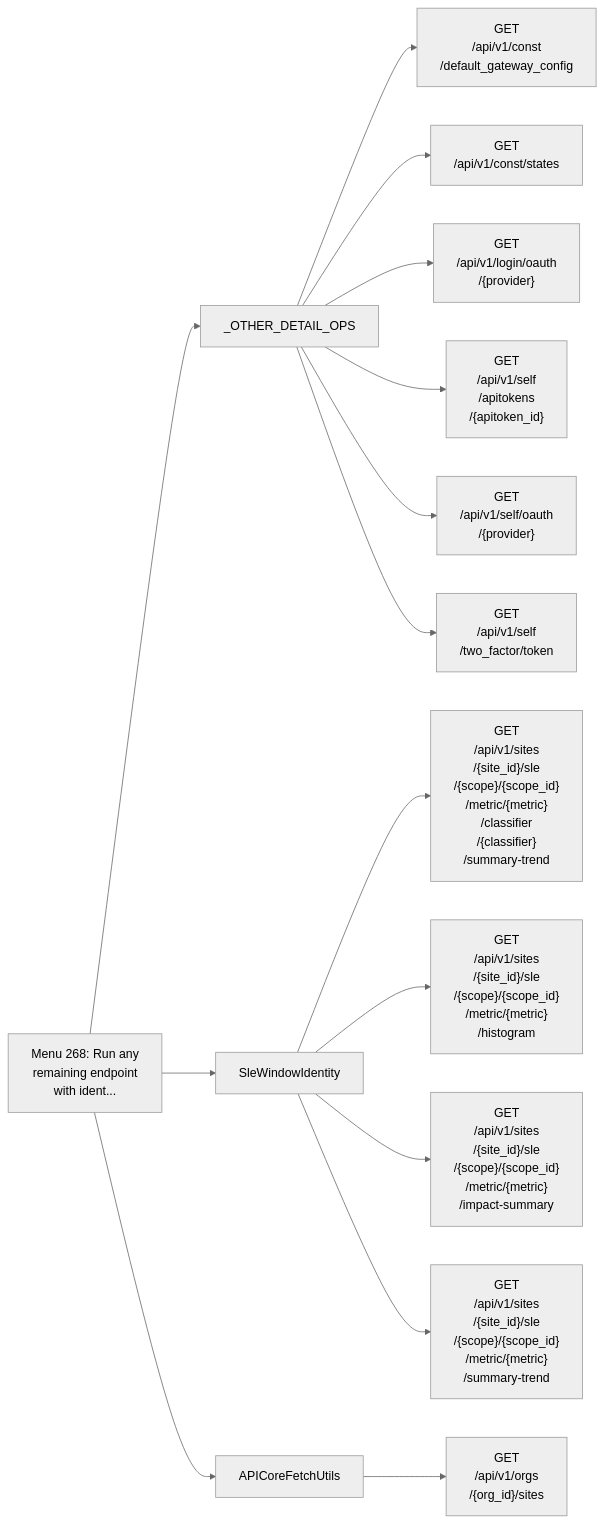
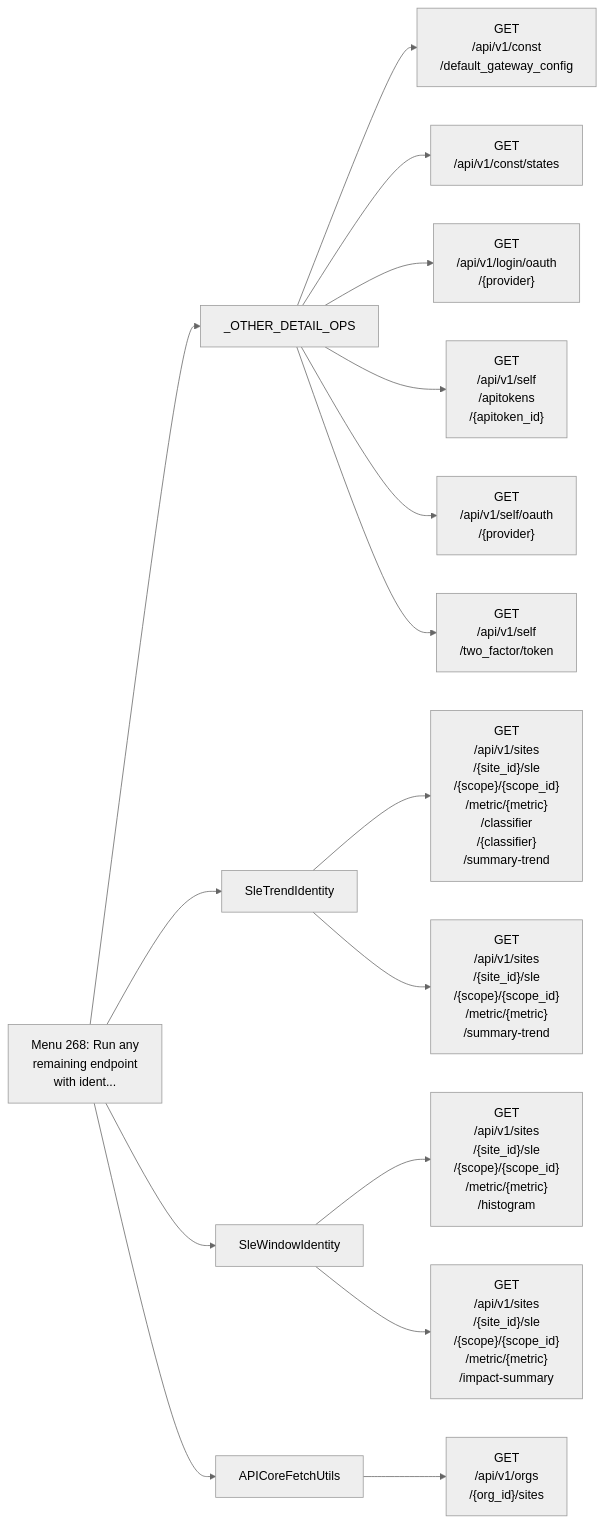
Before and after one commit to jmorrison-juniper/MistHelper: diagram 25 of 26 in documentation/menu-api/interactive-safe.md, drawn with Mermaid (neutral theme). The commit also changed other lines of this file and 10 other files, not shown here.

First line of the commit message:
fix(sle): preserve trend identity contract

````diff
--- a/documentation/menu-api/interactive-safe.md
+++ b/documentation/menu-api/interactive-safe.md
@@ -1823,18 +1824,19 @@
 ```mermaid
 flowchart LR
     menu["Menu 268: Run any<br/>remaining endpoint<br/>with ident..."]
     menu --> c1["_OTHER_DETAIL_OPS"]
     c1 --> e1["GET<br/>/api/v1/const<br/>/default_gateway_config"]
     c1 --> e2["GET<br/>/api/v1/const/states"]
     c1 --> e3["GET<br/>/api/v1/login/oauth<br/>/{provider}"]
     c1 --> e4["GET<br/>/api/v1/self<br/>/apitokens<br/>/{apitoken_id}"]
     c1 --> e5["GET<br/>/api/v1/self/oauth<br/>/{provider}"]
     c1 --> e6["GET<br/>/api/v1/self<br/>/two_factor/token"]
-    menu --> c2["SleWindowIdentity"]
+    menu --> c2["SleTrendIdentity"]
     c2 --> e7["GET<br/>/api/v1/sites<br/>/{site_id}/sle<br/>/{scope}/{scope_id}<br/>/metric/{metric}<br/>/classifier<br/>/{classifier}<br/>/summary-trend"]
-    c2 --> e8["GET<br/>/api/v1/sites<br/>/{site_id}/sle<br/>/{scope}/{scope_id}<br/>/metric/{metric}<br/>/histogram"]
-    c2 --> e9["GET<br/>/api/v1/sites<br/>/{site_id}/sle<br/>/{scope}/{scope_id}<br/>/metric/{metric}<br/>/impact-summary"]
-    c2 --> e10["GET<br/>/api/v1/sites<br/>/{site_id}/sle<br/>/{scope}/{scope_id}<br/>/metric/{metric}<br/>/summary-trend"]
-    menu --> c3["APICoreFetchUtils"]
-    c3 --> e11["GET<br/>/api/v1/orgs<br/>/{org_id}/sites"]
+    c2 --> e8["GET<br/>/api/v1/sites<br/>/{site_id}/sle<br/>/{scope}/{scope_id}<br/>/metric/{metric}<br/>/summary-trend"]
+    menu --> c3["SleWindowIdentity"]
+    c3 --> e9["GET<br/>/api/v1/sites<br/>/{site_id}/sle<br/>/{scope}/{scope_id}<br/>/metric/{metric}<br/>/histogram"]
+    c3 --> e10["GET<br/>/api/v1/sites<br/>/{site_id}/sle<br/>/{scope}/{scope_id}<br/>/metric/{metric}<br/>/impact-summary"]
+    menu --> c4["APICoreFetchUtils"]
+    c4 --> e11["GET<br/>/api/v1/orgs<br/>/{org_id}/sites"]
 ```
````
